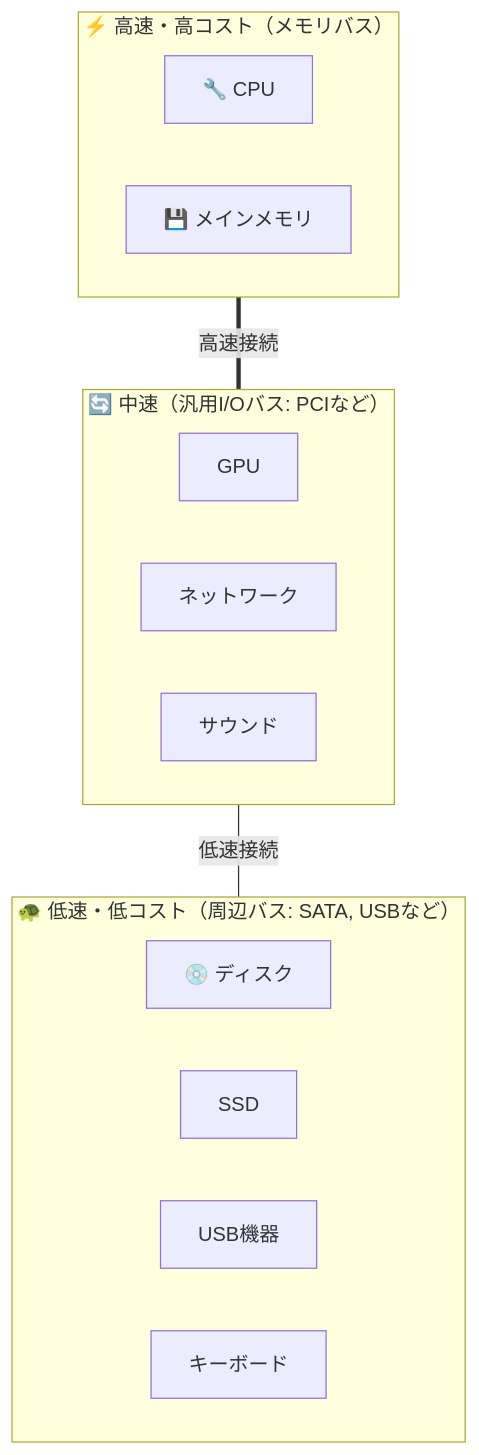
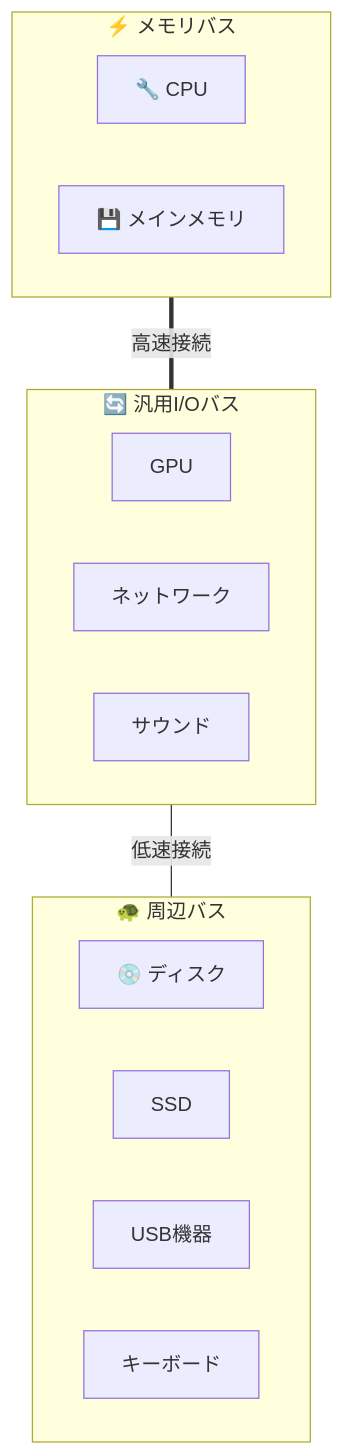
One commit to tonton-k37/study-notes changed the diagram in three-easy-pieces-note/36.md. Above: the diagram before and after it, drawn with Mermaid. The commit also changed other lines of this file and 33 other files, not shown here.

````diff
--- a/three-easy-pieces-note/36.md
+++ b/three-easy-pieces-note/36.md
@@ -16,23 +18,23 @@
 ```mermaid
 graph TD
-    subgraph FAST["⚡ 高速・高コスト（メモリバス）"]
+    subgraph FAST["⚡ メモリバス"]
         CPU["🔧 CPU"]
         MEM["💾 メインメモリ"]
     end
 
-    subgraph MID["🔄 中速（汎用I/Oバス: PCIなど）"]
+    subgraph MID["🔄 汎用I/Oバス"]
         GPU["GPU"]
         NIC["ネットワーク"]
         SND["サウンド"]
     end
 
-    subgraph SLOW["🐢 低速・低コスト（周辺バス: SATA, USBなど）"]
+    subgraph SLOW["🐢 周辺バス"]
         DISK_D["💿 ディスク"]
         SSD_D["SSD"]
         USB_D["USB機器"]
         KB["キーボード"]
     end
 
     FAST ===|"高速接続"| MID
     MID ---|"低速接続"| SLOW
 ```
````
